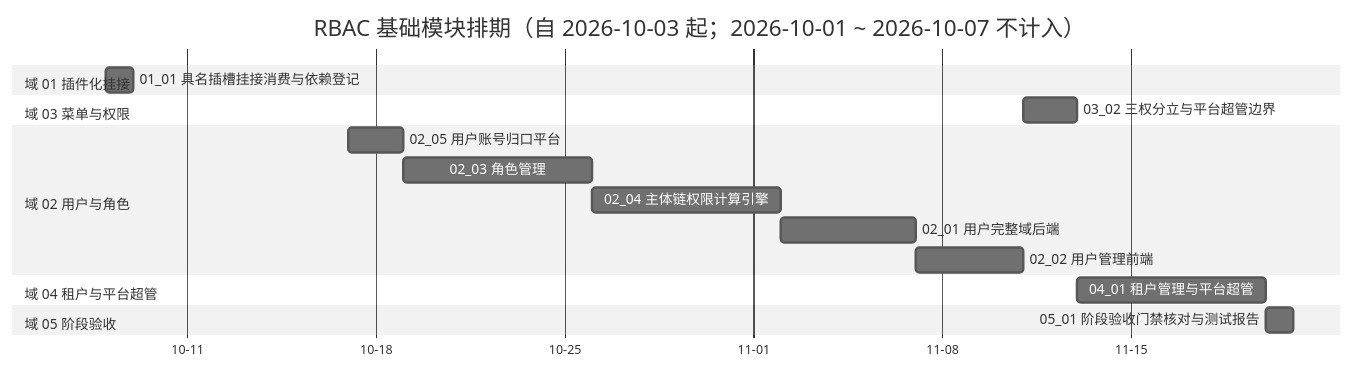
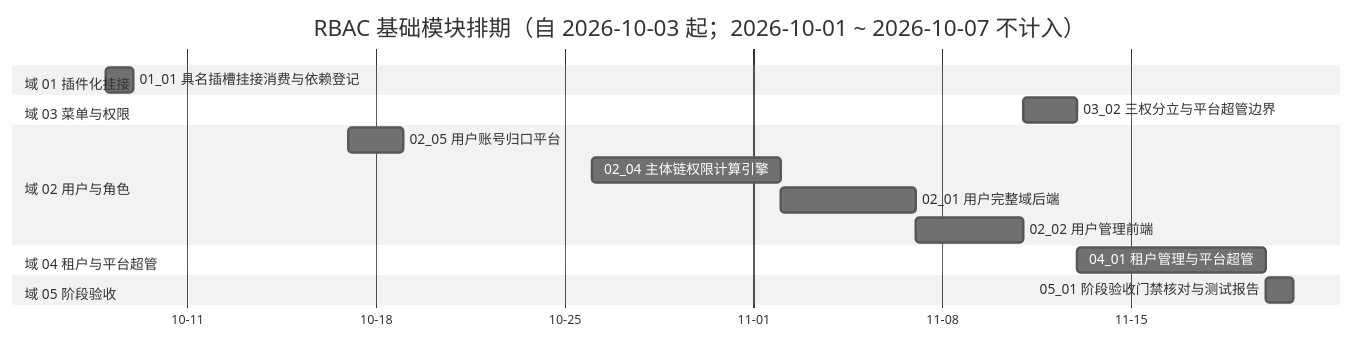
One commit to minjian123/basic-management-system changed the diagram in bms文档/项目/07_RBAC基础模块/计划/01_计划_RBAC基础模块.md. Above: the diagram before and after it, drawn with Mermaid (neutral theme). The commit also changed other lines of this file and 31 other files, not shown here.

````diff
--- a/bms文档/项目/07_RBAC基础模块/计划/01_计划_RBAC基础模块.md
+++ b/bms文档/项目/07_RBAC基础模块/计划/01_计划_RBAC基础模块.md
@@ -45,20 +45,19 @@
 ```mermaid
 gantt
     title RBAC 基础模块排期（自 2026-10-03 起；2026-10-01 ~ 2026-10-07 不计入）
     dateFormat  YYYY-MM-DD
     axisFormat %m-%d
     section 域 01 插件化挂接
     01_01 具名插槽挂接消费与依赖登记 :a0101, 2026-10-08, 1d
     section 域 03 菜单与权限
     03_02 三权分立与平台超管边界 :a0302, 2026-11-11, 2d
     section 域 02 用户与角色
     02_05 用户账号归口平台 :a0205, 2026-10-17, 2d
-    02_03 角色管理 :a0203, 2026-10-19, 7d
     02_04 主体链权限计算引擎 :a0204, 2026-10-26, 7d
     02_01 用户完整域后端 :a0201, 2026-11-02, 5d
     02_02 用户管理前端 :a0202, 2026-11-07, 4d
     section 域 04 租户与平台超管
     04_01 租户管理与平台超管 :a0401, 2026-11-13, 7d
     section 域 05 阶段验收
     05_01 阶段验收门禁核对与测试报告 :a0501, 2026-11-20, 1d
 ```
````
